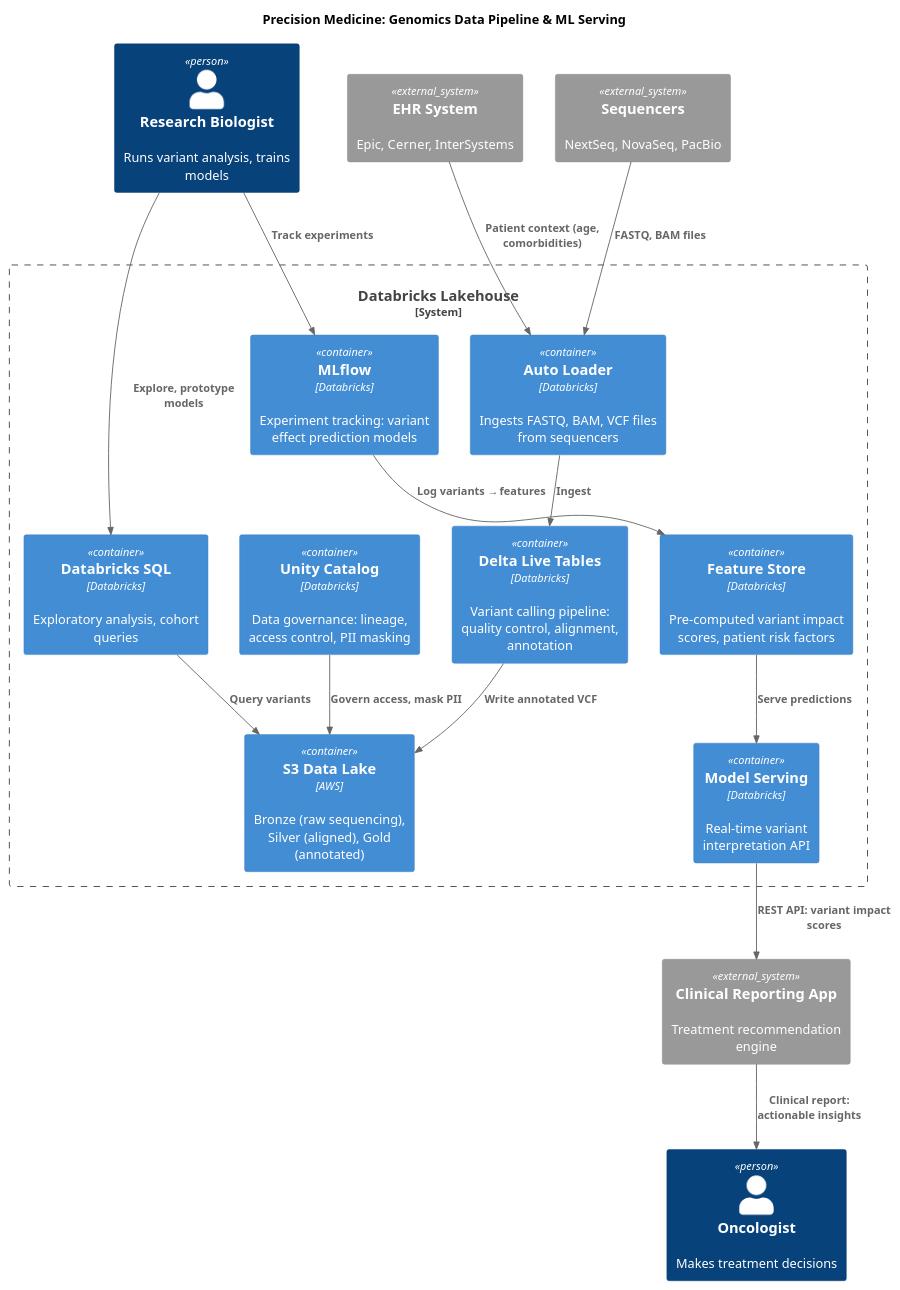
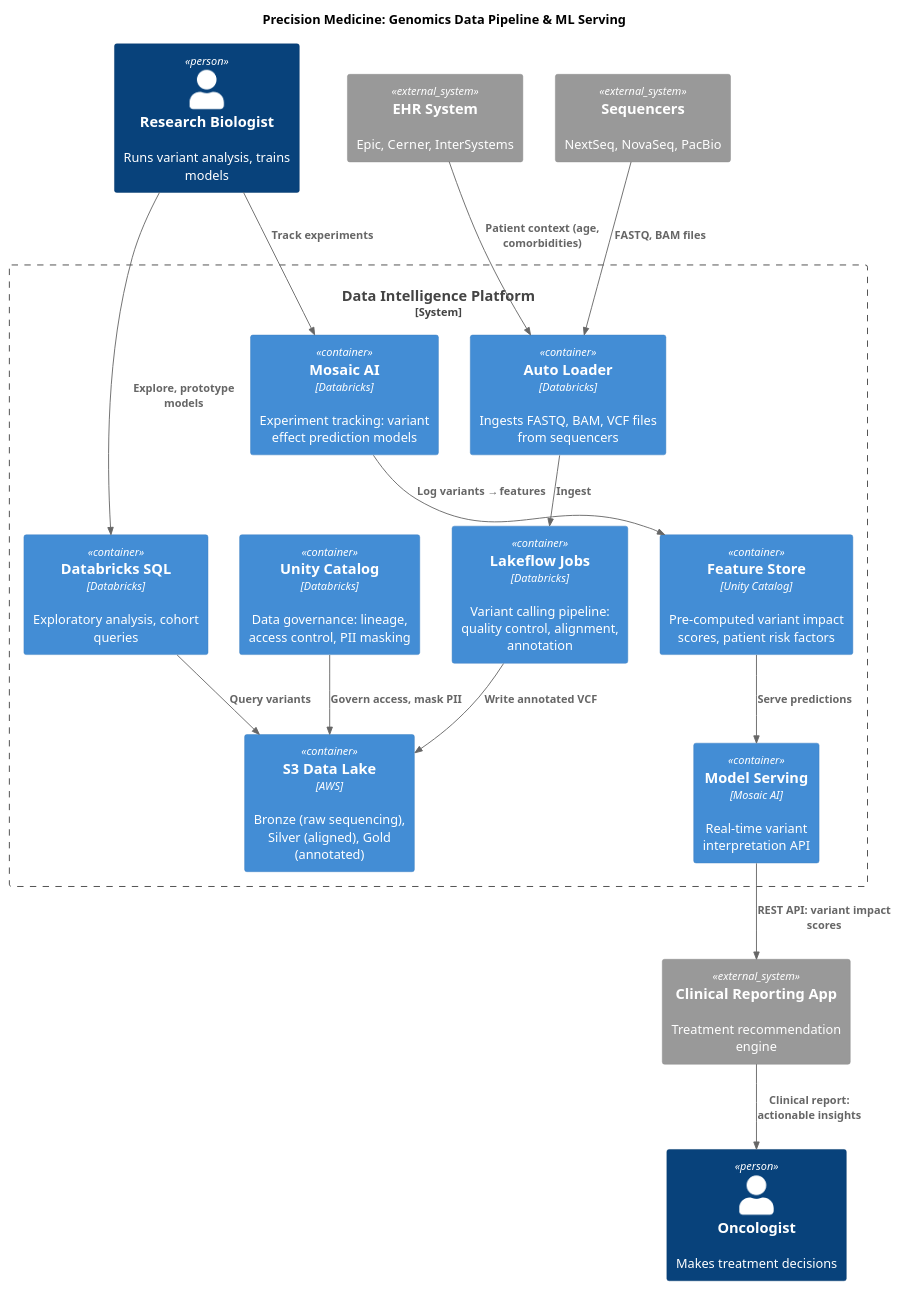
Before and after one commit to saselvan/claude-skills: the sixth of 22 diagrams in diagram/SKILL.md, drawn with PlantUML. The commit also changed other lines of this file and 2 other files, not shown here.

Commit message:
diagram v3.1: border conventions, icon conventions, cloud platform layer, lifecycle exception, expanded product naming — from Databricks ref arch analysis

````diff
--- a/diagram/SKILL.md
+++ b/diagram/SKILL.md
@@ -202,38 +443,38 @@
 ```plantuml
 @startuml
 !include <C4/C4_Container>
 
 title Precision Medicine: Genomics Data Pipeline & ML Serving
 
 Person(researcher, "Research Biologist", "Runs variant analysis, trains models")
 Person(clinician, "Oncologist", "Makes treatment decisions")
 
-System_Boundary(platform, "Databricks Lakehouse") {
+System_Boundary(platform, "Data Intelligence Platform") {
     Container(autoloader, "Auto Loader", "Databricks", "Ingests FASTQ, BAM, VCF files from sequencers")
-    Container(dlt, "Delta Live Tables", "Databricks", "Variant calling pipeline: quality control, alignment, annotation")
+    Container(dlt, "Lakeflow Jobs", "Databricks", "Variant calling pipeline: quality control, alignment, annotation")
     Container(uc, "Unity Catalog", "Databricks", "Data governance: lineage, access control, PII masking")
     Container(sql, "Databricks SQL", "Databricks", "Exploratory analysis, cohort queries")
-    Container(mlflow, "MLflow", "Databricks", "Experiment tracking: variant effect prediction models")
-    Container(feature_store, "Feature Store", "Databricks", "Pre-computed variant impact scores, patient risk factors")
-    Container(serving, "Model Serving", "Databricks", "Real-time variant interpretation API")
+    Container(mosaic, "Mosaic AI", "Databricks", "Experiment tracking: variant effect prediction models")
+    Container(feature_store, "Feature Store", "Unity Catalog", "Pre-computed variant impact scores, patient risk factors")
+    Container(serving, "Model Serving", "Mosaic AI", "Real-time variant interpretation API")
     Container(s3, "S3 Data Lake", "AWS", "Bronze (raw sequencing), Silver (aligned), Gold (annotated)")
 }
 
 System_Ext(sequencers, "Sequencers", "NextSeq, NovaSeq, PacBio")
 System_Ext(ehr, "EHR System", "Epic, Cerner, InterSystems")
 System_Ext(app, "Clinical Reporting App", "Treatment recommendation engine")
 
 Rel(sequencers, autoloader, "FASTQ, BAM files")
 Rel(ehr, autoloader, "Patient context (age, comorbidities)")
 Rel(autoloader, dlt, "Ingest")
 Rel(dlt, s3, "Write annotated VCF")
 Rel(uc, s3, "Govern access, mask PII")
 Rel(sql, s3, "Query variants")
 Rel(researcher, sql, "Explore, prototype models")
-Rel(researcher, mlflow, "Track experiments")
-Rel(mlflow, feature_store, "Log variants → features")
+Rel(researcher, mosaic, "Track experiments")
+Rel(mosaic, feature_store, "Log variants → features")
 Rel(feature_store, serving, "Serve predictions")
 Rel(serving, app, "REST API: variant impact scores")
 Rel(app, clinician, "Clinical report: actionable insights")
 @enduml
 ```
````
